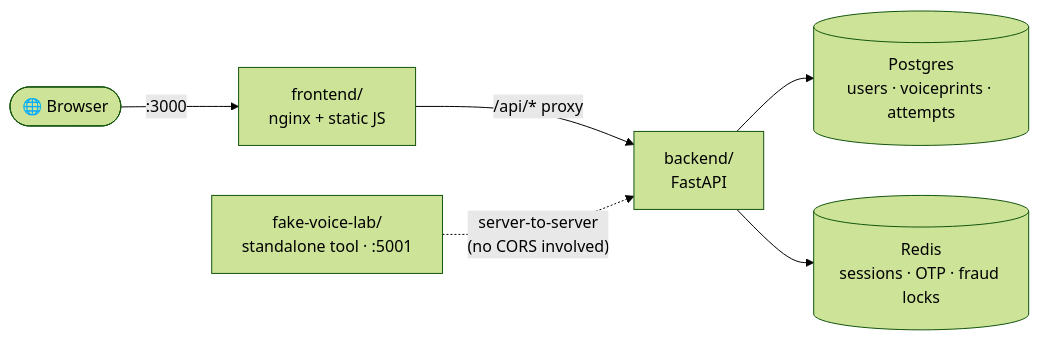
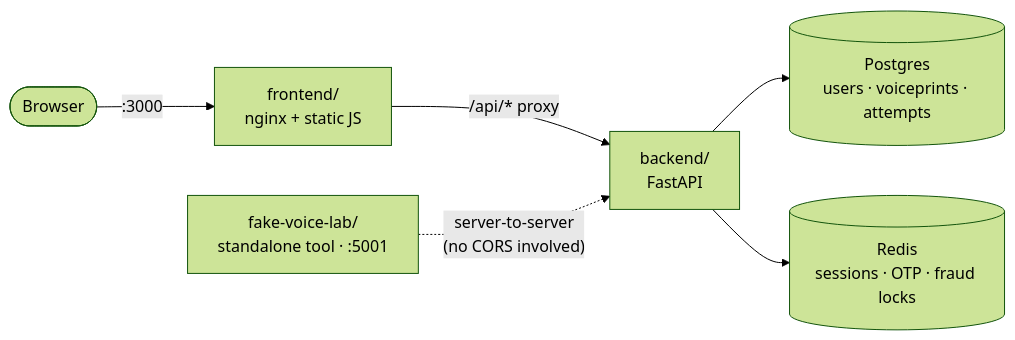
One commit to whatdadogdoing/VoiceProject changed the third of 4 diagrams in README.md. Above: the diagram before and after it, drawn with Mermaid (forest theme). The commit also changed other lines of this file, not shown here.

````diff
--- a/README.md
+++ b/README.md
@@ -97,8 +97,8 @@
 ```mermaid
 flowchart LR
-    Browser(["🌐 Browser"]) -->|":3000"| FE["frontend/<br/>nginx + static JS"]
+    Browser(["Browser"]) -->|":3000"| FE["frontend/<br/>nginx + static JS"]
     FE -->|"/api/* proxy"| BE["backend/<br/>FastAPI"]
     BE --> PG[("Postgres<br/>users · voiceprints · attempts")]
     BE --> RD[("Redis<br/>sessions · OTP · fraud locks")]
     FVL["fake-voice-lab/<br/>standalone tool · :5001"] -.->|"server-to-server<br/>(no CORS involved)"| BE
 ```
````
